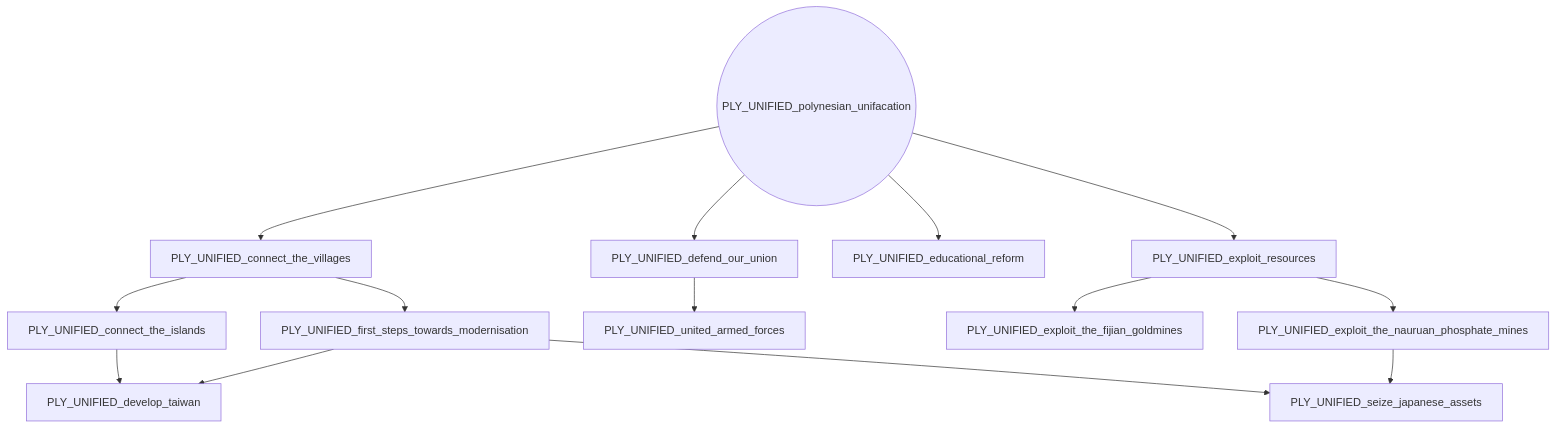
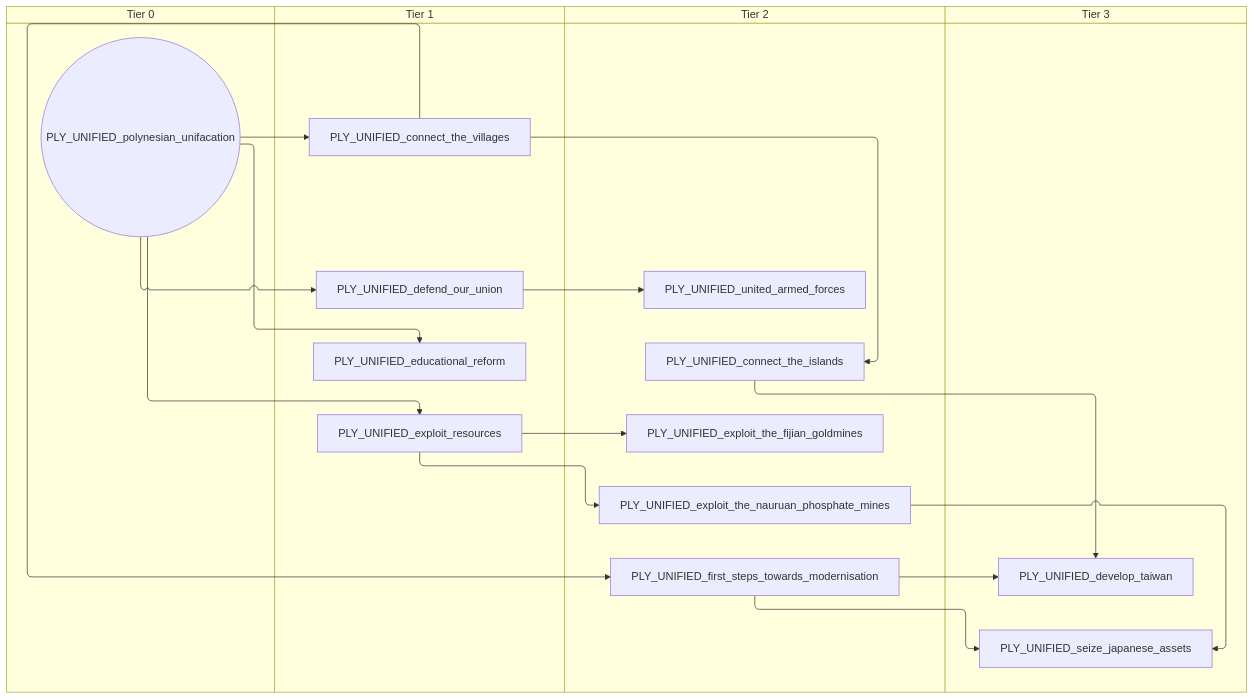
One commit to evgeny-sobol/hoi4-sandbox-mode-r56 changed the first of 6 diagrams in docs/gdd/National Focuses/r56/r56_polynesian.md. Above: the diagram before and after it, drawn with Mermaid. The commit also changed other lines of this file and 423 other files, not shown here.

First line of the commit message:
Re-export Rt56 focus trees as swimlane diagrams

````diff
--- a/docs/gdd/National Focuses/r56/r56_polynesian.md
+++ b/docs/gdd/National Focuses/r56/r56_polynesian.md
@@ -3,28 +3,36 @@
 ```mermaid
-flowchart TD
-    n1["PLY_UNIFIED_connect_the_islands"]
-    n2["PLY_UNIFIED_connect_the_villages"]
-    n3["PLY_UNIFIED_defend_our_union"]
-    n4["PLY_UNIFIED_develop_taiwan"]
-    n5["PLY_UNIFIED_educational_reform"]
-    n6["PLY_UNIFIED_exploit_resources"]
-    n7["PLY_UNIFIED_exploit_the_fijian_goldmines"]
-    n8["PLY_UNIFIED_exploit_the_nauruan_phosphate_mines"]
-    n9["PLY_UNIFIED_first_steps_towards_modernisation"]
-    n10(("PLY_UNIFIED_polynesian_unifacation"))
-    n11["PLY_UNIFIED_seize_japanese_assets"]
-    n12["PLY_UNIFIED_united_armed_forces"]
-    n2 --> n1
-    n10 --> n2
-    n10 --> n3
+swimlane-beta TD
+    subgraph tier_0["Tier 0"]
+        n1(("PLY_UNIFIED_polynesian_unifacation"))
+    end
+    subgraph tier_1["Tier 1"]
+        n2["PLY_UNIFIED_connect_the_villages"]
+        n3["PLY_UNIFIED_defend_our_union"]
+        n4["PLY_UNIFIED_educational_reform"]
+        n5["PLY_UNIFIED_exploit_resources"]
+    end
+    subgraph tier_2["Tier 2"]
+        n6["PLY_UNIFIED_connect_the_islands"]
+        n7["PLY_UNIFIED_exploit_the_fijian_goldmines"]
+        n8["PLY_UNIFIED_exploit_the_nauruan_phosphate_mines"]
+        n9["PLY_UNIFIED_first_steps_towards_modernisation"]
+        n10["PLY_UNIFIED_united_armed_forces"]
+    end
+    subgraph tier_3["Tier 3"]
+        n11["PLY_UNIFIED_develop_taiwan"]
+        n12["PLY_UNIFIED_seize_japanese_assets"]
+    end
+    n2 --> n6
+    n1 --> n2
+    n1 --> n3
+    n6 --> n11
+    n9 --> n11
     n1 --> n4
-    n9 --> n4
-    n10 --> n5
-    n10 --> n6
-    n6 --> n7
-    n6 --> n8
+    n1 --> n5
+    n5 --> n7
+    n5 --> n8
     n2 --> n9
-    n9 --> n11
-    n8 --> n11
-    n3 --> n12
+    n9 --> n12
+    n8 --> n12
+    n3 --> n10
 ```
````
